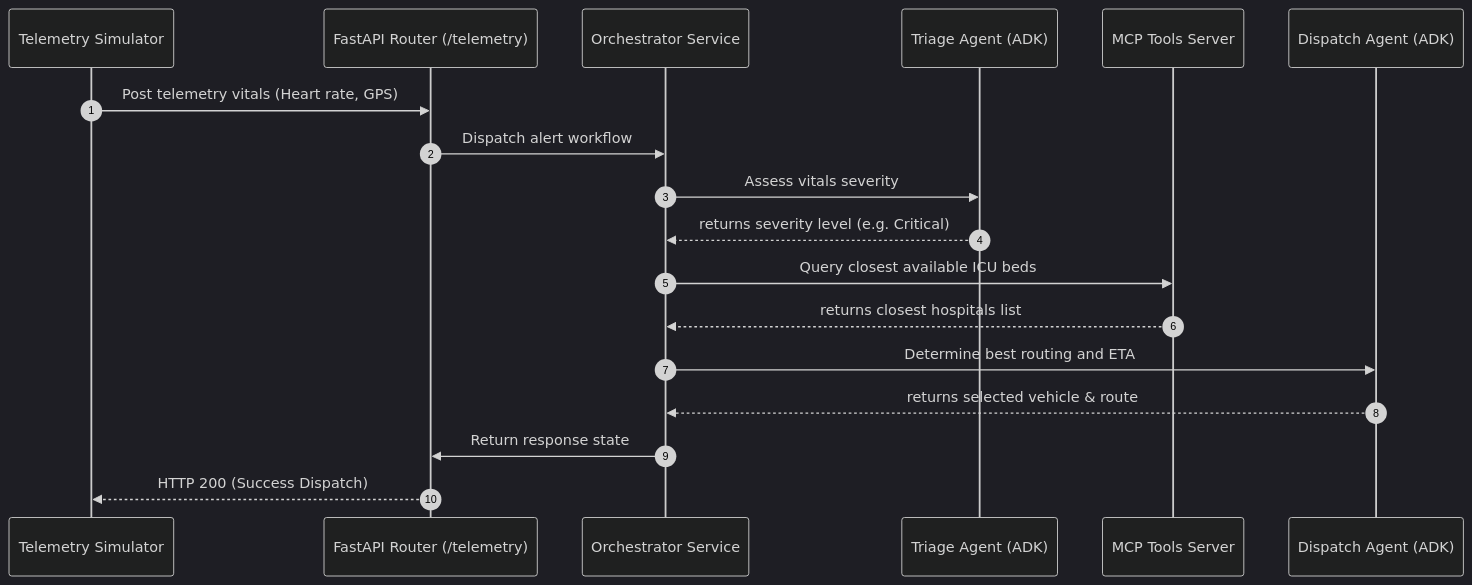
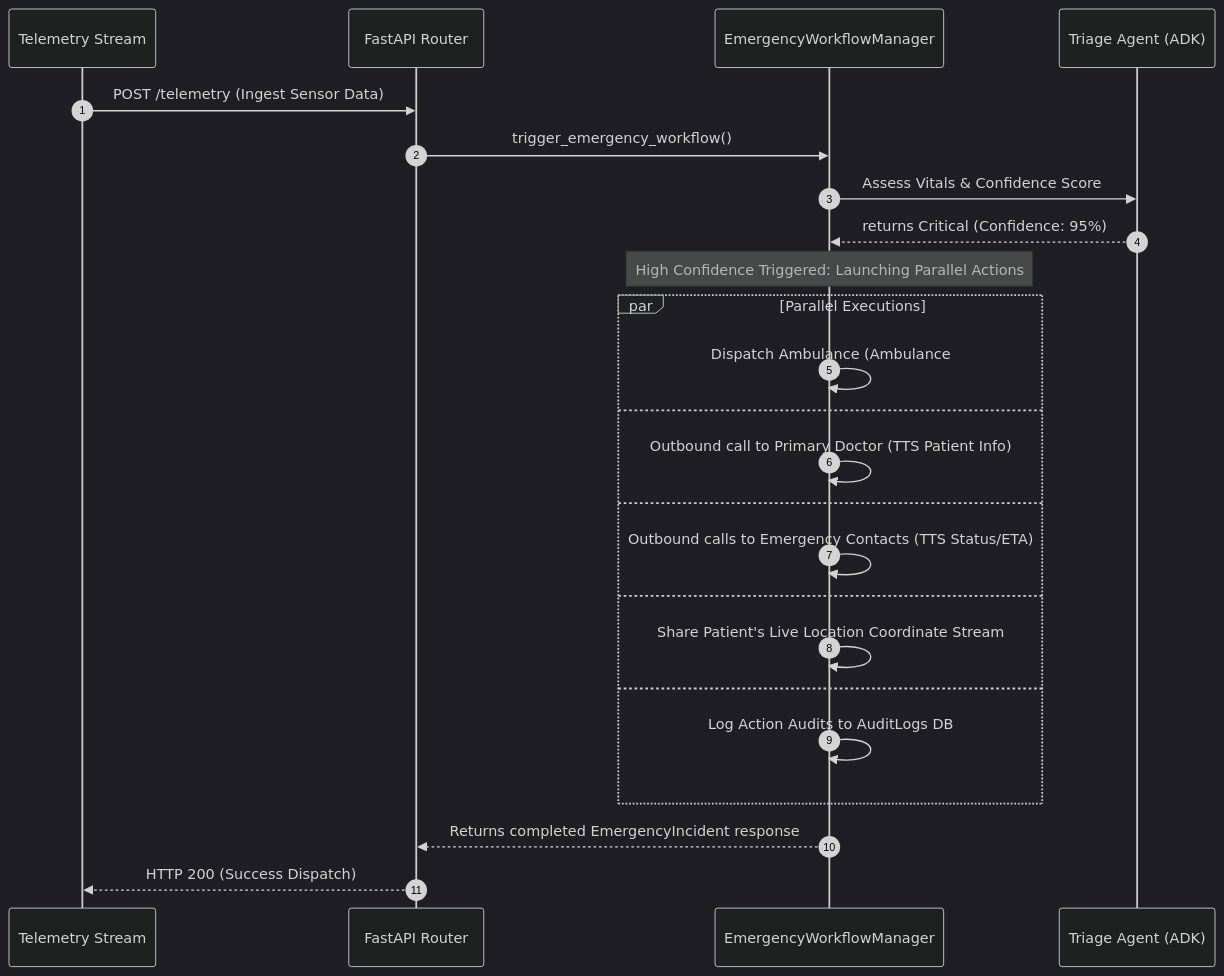
One commit to ridhinagpal88843-cmd/LifeLink-AI changed the diagram in docs/architecture.md. Above: the diagram before and after it, drawn with Mermaid (dark theme). The commit also changed other lines of this file and 28 other files, not shown here.

Commit message:
Complete end-to-end emergency workflow simulation

````diff
--- a/docs/architecture.md
+++ b/docs/architecture.md
@@ -42,21 +41,30 @@
 ```mermaid
 sequenceDiagram
     autonumber
-    participant Telemetry as Telemetry Simulator
-    participant API as FastAPI Router (/telemetry)
-    participant Orch as Orchestrator Service
+    participant Telemetry as Telemetry Stream
+    participant API as FastAPI Router
+    participant Orch as EmergencyWorkflowManager
     participant Triage as Triage Agent (ADK)
-    participant MCP as MCP Tools Server
-    participant Dispatch as Dispatch Agent (ADK)
-
-    Telemetry->>API: Post telemetry vitals (Heart rate, GPS)
-    API->>Orch: Dispatch alert workflow
-    Orch->>Triage: Assess vitals severity
-    Triage-->>Orch: returns severity level (e.g. Critical)
-    Orch->>MCP: Query closest available ICU beds
-    MCP-->>Orch: returns closest hospitals list
-    Orch->>Dispatch: Determine best routing and ETA
-    Dispatch-->>Orch: returns selected vehicle & route
-    Orch->>API: Return response state
+    
+    Telemetry->>API: POST /telemetry (Ingest Sensor Data)
+    API->>Orch: trigger_emergency_workflow()
+    Orch->>Triage: Assess Vitals & Confidence Score
+    Triage-->>Orch: returns Critical (Confidence: 95%)
+    
+    Note over Orch: High Confidence Triggered: Launching Parallel Actions
+    
+    par Parallel Executions
+        Orch->>Orch: Dispatch Ambulance (Ambulance #4)
+    and
+        Orch->>Orch: Outbound call to Primary Doctor (TTS Patient Info)
+    and
+        Orch->>Orch: Outbound calls to Emergency Contacts (TTS Status/ETA)
+    and
+        Orch->>Orch: Share Patient's Live Location Coordinate Stream
+    and
+        Orch->>Orch: Log Action Audits to AuditLogs DB
+    end
+    
+    Orch-->>API: Returns completed EmergencyIncident response
     API-->>Telemetry: HTTP 200 (Success Dispatch)
 ```
````
